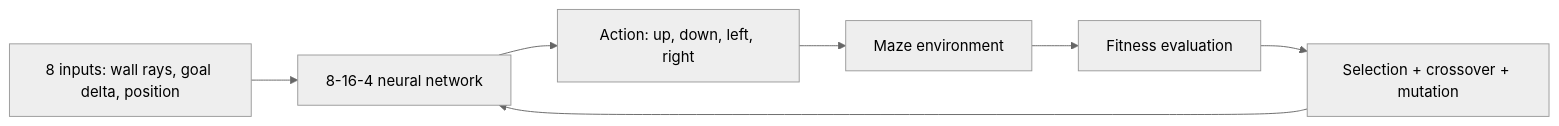
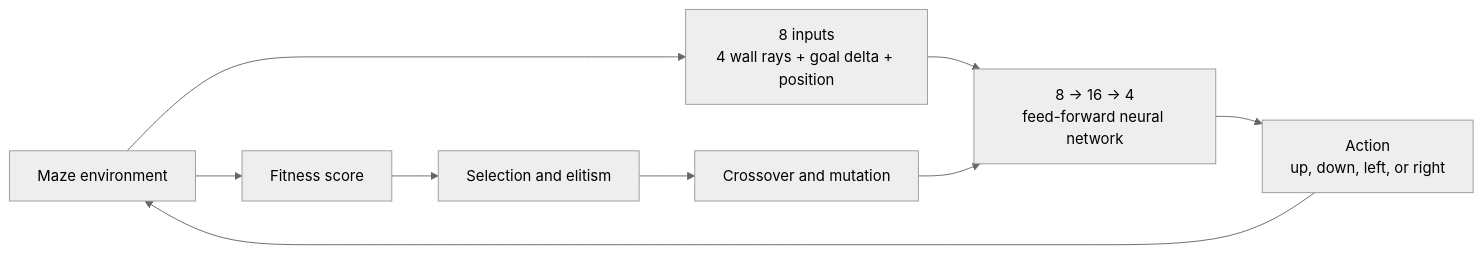
The diagram in README.md (SalehAkram/python-ai-sandbox), drawn with Mermaid (neutral theme) before and after one commit. The commit also changed other lines of this file and 11 other files, not shown here.

````diff
--- a/README.md
+++ b/README.md
@@ -36,9 +31,11 @@
 ```mermaid
 flowchart LR
-    S["8 inputs: wall rays, goal delta, position"] --> N["8-16-4 neural network"]
-    N --> A["Action: up, down, left, right"]
-    A --> M["Maze environment"]
-    M --> F["Fitness evaluation"]
-    F --> G["Selection + crossover + mutation"]
-    G --> N
+    E["Maze environment"] --> I["8 inputs<br/>4 wall rays + goal delta + position"]
+    I --> N["8 → 16 → 4<br/>feed-forward neural network"]
+    N --> A["Action<br/>up, down, left, or right"]
+    A --> E
+    E --> F["Fitness score"]
+    F --> S["Selection and elitism"]
+    S --> C["Crossover and mutation"]
+    C --> N
 ```
````
